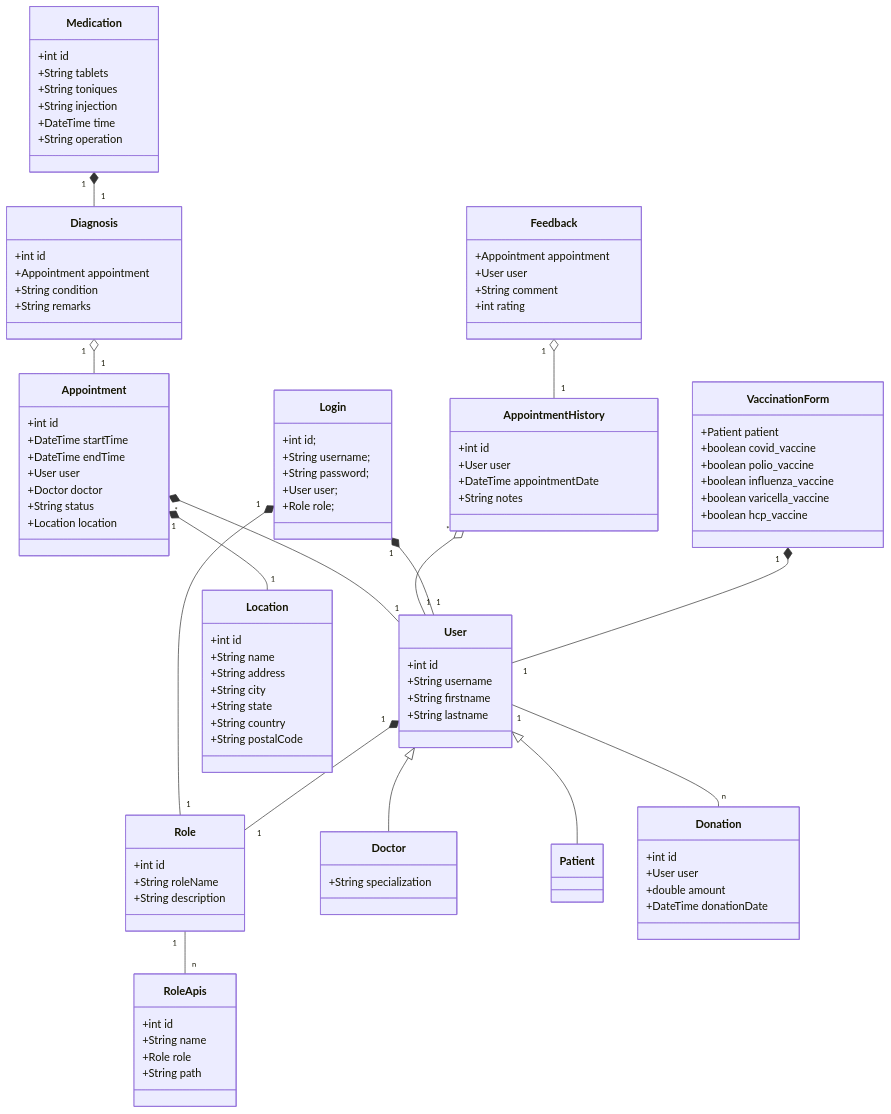
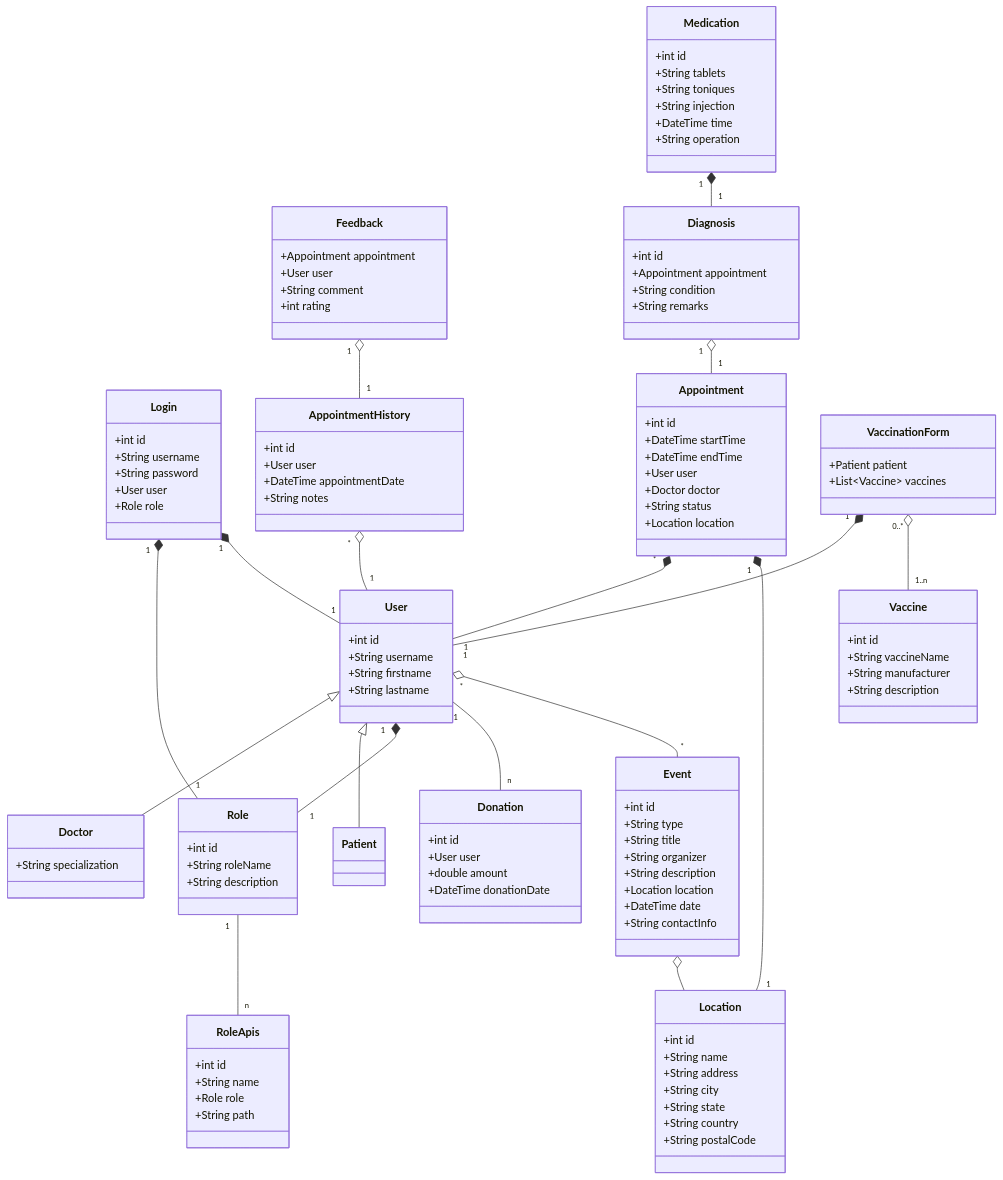
Before and after one commit to GokulaKrishnanRGK/codecare: the diagram in README.md, drawn with Mermaid. The commit also changed other lines of this file and 1 other file, not shown here.

Commit message:
1. Added object model and yaml for events module 2. Updated VaccinationForm class

````diff
--- a/README.md
+++ b/README.md
@@ -65,11 +72,11 @@
         +String path
     }
     class Login {
-        +int id;
-        +String username;
-        +String password;
-        +User user;
-        +Role role;
+        +int id
+        +String username
+        +String password
+        +User user
+        +Role role
     }
     class User {
         +int id
@@ -141,11 +148,25 @@
     }
     class VaccinationForm {
         +Patient patient
-        +boolean covid_vaccine
-        +boolean polio_vaccine
-        +boolean influenza_vaccine
-        +boolean varicella_vaccine
-        +boolean hcp_vaccine
+        +List~Vaccine~ vaccines
+    }
+
+    class Vaccine {
+      +int id
+      +String vaccineName
+      +String manufacturer
+      +String description
+    }
+
+    class Event {
+      +int id
+      +String type
+      +String title
+      +String organizer
+      +String description
+      +Location location
+      +DateTime date
+      +String contactInfo
     }
 
     User <|-- Doctor
@@ -166,4 +187,7 @@
     Medication "1" *-- "1" Diagnosis
     VaccinationForm "1" *-- "1" User
 
+    Event o-- Location
+    User "*" o-- "*" Event
+    VaccinationForm "0..*" o-- "1..n" Vaccine
 ```
````
